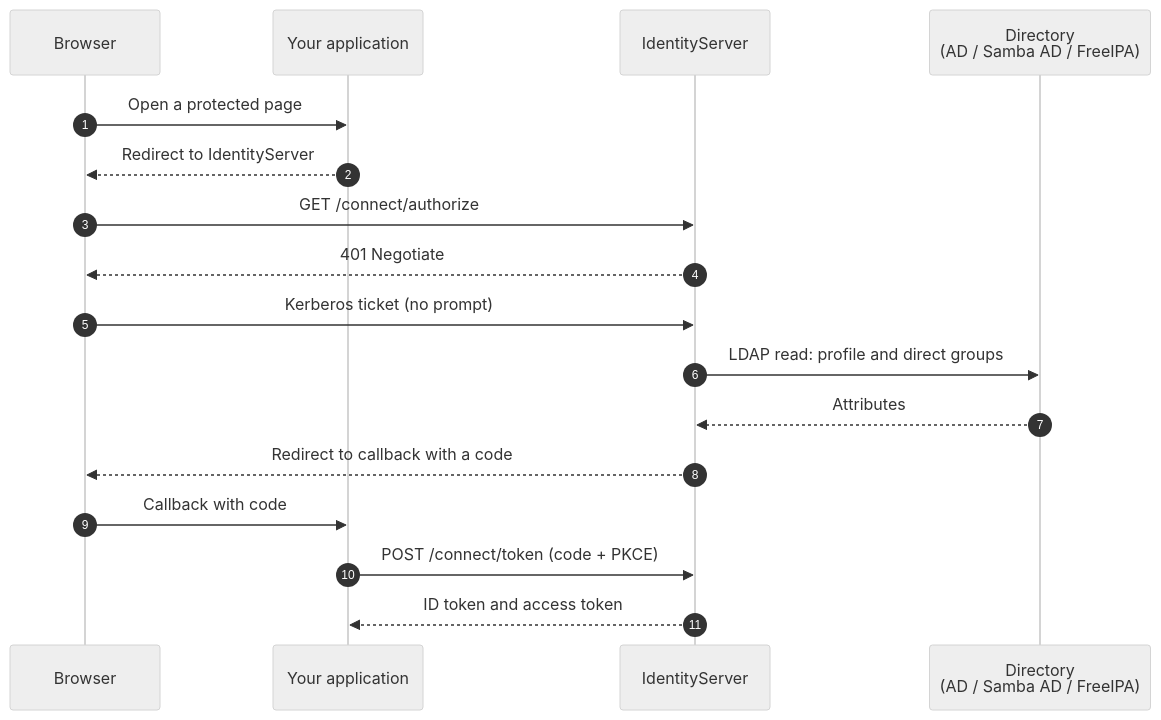
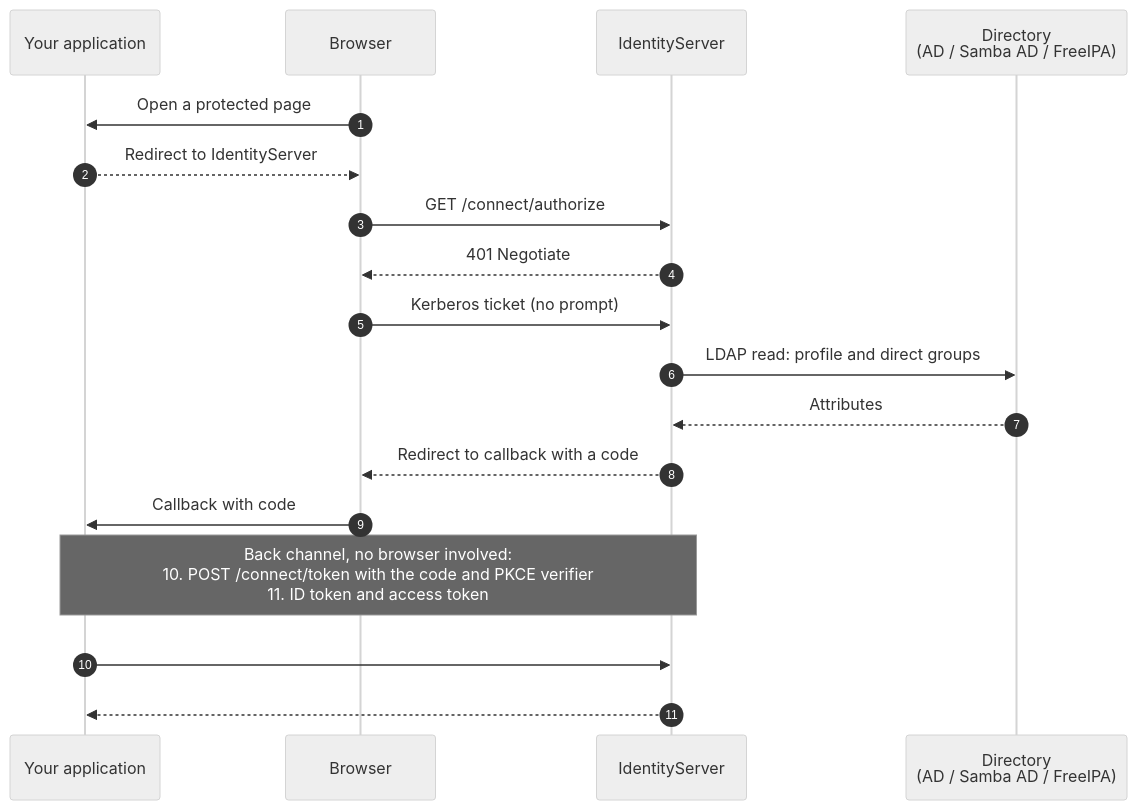
Before and after one commit to auroris/IdentityServer: the diagram in README.md, drawn with Mermaid (neutral theme).

````diff
--- a/README.md
+++ b/README.md
@@ -16,19 +16,20 @@
 ```mermaid
 sequenceDiagram
     autonumber
+    participant App as Your application
     participant Browser
-    participant App as Your application
     participant IdS as IdentityServer
     participant Dir as Directory<br>(AD / Samba AD / FreeIPA)
     Browser->>App: Open a protected page
     App-->>Browser: Redirect to IdentityServer
     Browser->>IdS: GET /connect/authorize
     IdS-->>Browser: 401 Negotiate
     Browser->>IdS: Kerberos ticket (no prompt)
     IdS->>Dir: LDAP read: profile and direct groups
     Dir-->>IdS: Attributes
     IdS-->>Browser: Redirect to callback with a code
     Browser->>App: Callback with code
-    App->>IdS: POST /connect/token (code + PKCE)
-    IdS-->>App: ID token and access token
+    Note over App,IdS: Back channel, no browser involved:<br>10. POST /connect/token with the code and PKCE verifier<br>11. ID token and access token
+    App->>IdS: #8203;
+    IdS-->>App: #8203;
 ```
````
